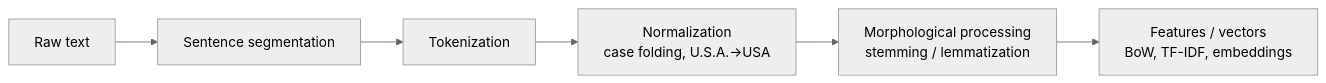
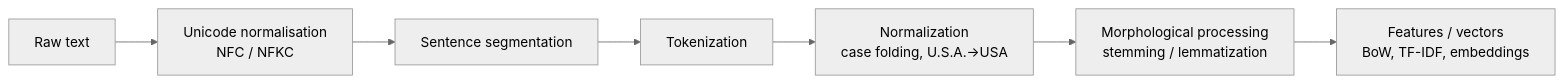
Before and after one commit to MadakariNayakaHM/AI-Zero-To-Advance-Course: the diagram in SEM1/Introduction-To-SNLP/Notes/02-Lexical-Processing-Part-1.md, drawn with Mermaid (neutral theme). The commit also changed other lines of this file and 6 other files, not shown here.

````diff
--- a/SEM1/Introduction-To-SNLP/Notes/02-Lexical-Processing-Part-1.md
+++ b/SEM1/Introduction-To-SNLP/Notes/02-Lexical-Processing-Part-1.md
@@ -43,4 +50,4 @@
 ```mermaid
 flowchart LR
-    R[Raw text] --> SS[Sentence segmentation] --> T[Tokenization] --> N[Normalization<br/>case folding, U.S.A.→USA] --> M[Morphological processing<br/>stemming / lemmatization] --> F[Features / vectors<br/>BoW, TF-IDF, embeddings]
+    R[Raw text] --> U[Unicode normalisation<br/>NFC / NFKC] --> SS[Sentence segmentation] --> T[Tokenization] --> N[Normalization<br/>case folding, U.S.A.→USA] --> M[Morphological processing<br/>stemming / lemmatization] --> F[Features / vectors<br/>BoW, TF-IDF, embeddings]
 ```
````
